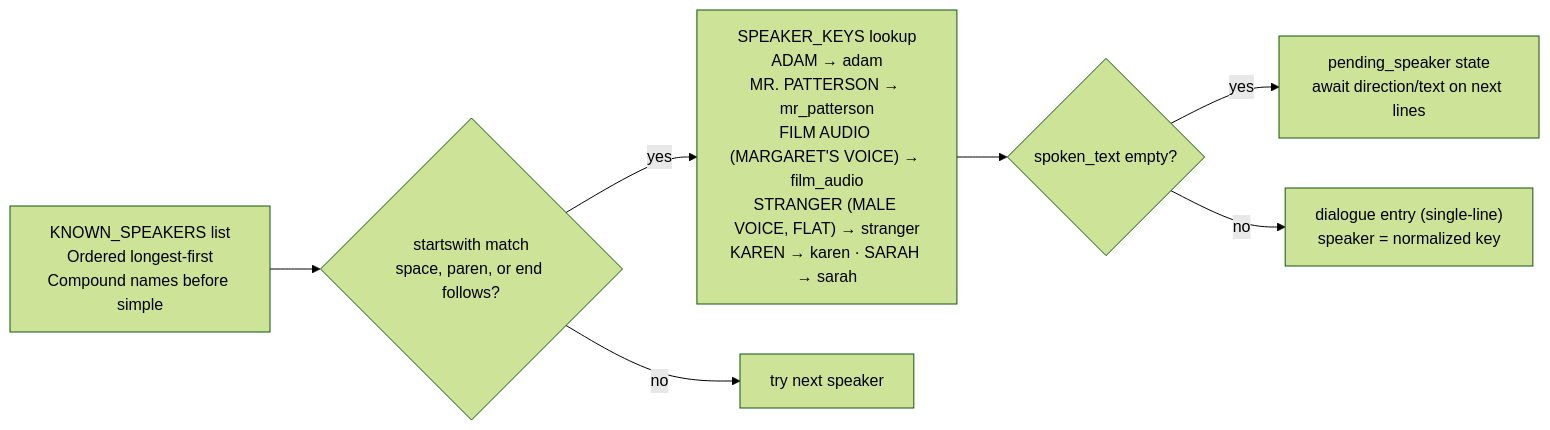
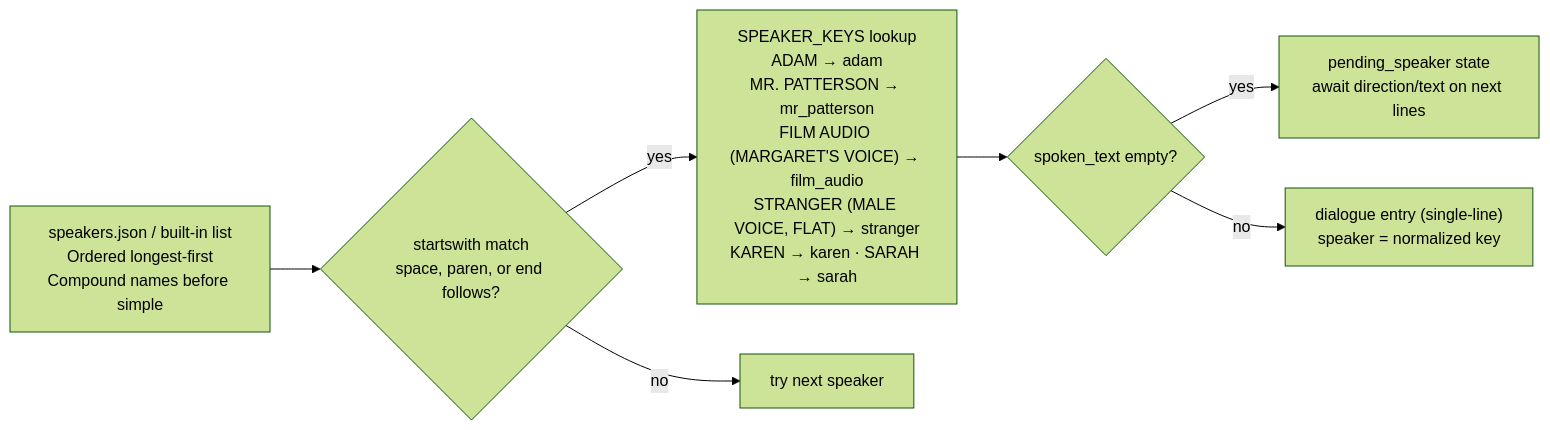
The third of 19 diagrams in docs/pipeline.md (xilcmd/xil-pipeline), drawn with Mermaid (forest theme) before and after one commit. The commit also changed other lines of this file and 53 other files, not shown here.

````diff
--- a/docs/pipeline.md
+++ b/docs/pipeline.md
@@ -220,20 +220,20 @@
 ```mermaid
 flowchart LR
-    RAW["`KNOWN_SPEAKERS list
+    RAW["`speakers.json / built-in list
     Ordered longest-first
     Compound names before simple`"]
     RAW --> MATCH{"`startswith match
     space, paren, or end follows?`"}
     MATCH -->|yes| KEY["`SPEAKER_KEYS lookup
     ADAM → adam
     MR. PATTERSON → mr_patterson
     FILM AUDIO (MARGARET'S VOICE) → film_audio
     STRANGER (MALE VOICE, FLAT) → stranger
     KAREN → karen · SARAH → sarah`"]
     MATCH -->|no| SKIP2["try next speaker"]
     KEY --> MODE{"`spoken_text empty?`"}
     MODE -->|yes| PEND["`pending_speaker state
     await direction/text on next lines`"]
     MODE -->|no| ENTRY["`dialogue entry (single-line)
     speaker = normalized key`"]
 ```
````
